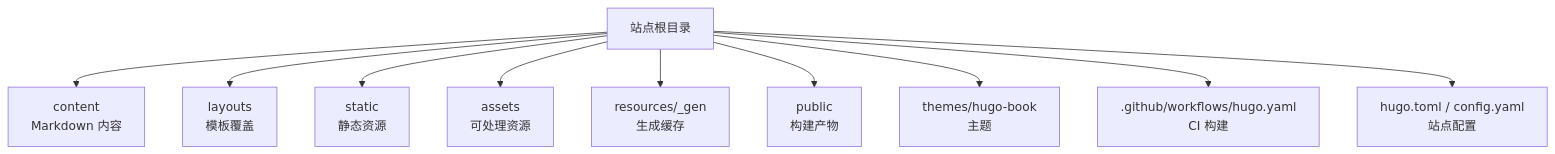
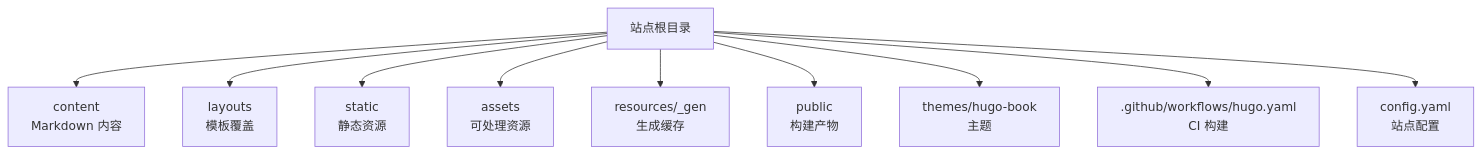
The first of 3 diagrams in .qoder/repowiki/zh/content/故障排除.md (nianjiang/nianjiang.github.io), drawn with Mermaid before and after one commit. The commit also changed other lines of this file and 176 other files, not shown here.

````diff
--- a/.qoder/repowiki/zh/content/故障排除.md
+++ b/.qoder/repowiki/zh/content/故障排除.md
@@ -48,12 +53,12 @@
 ```mermaid
 graph TB
 A["站点根目录"] --> B["content<br/>Markdown 内容"]
 A --> C["layouts<br/>模板覆盖"]
 A --> D["static<br/>静态资源"]
 A --> E["assets<br/>可处理资源"]
 A --> F["resources/_gen<br/>生成缓存"]
 A --> G["public<br/>构建产物"]
 A --> H["themes/hugo-book<br/>主题"]
 A --> I[".github/workflows/hugo.yaml<br/>CI 构建"]
-A --> J["hugo.toml / config.yaml<br/>站点配置"]
+A --> J["config.yaml<br/>站点配置"]
 ```
````
